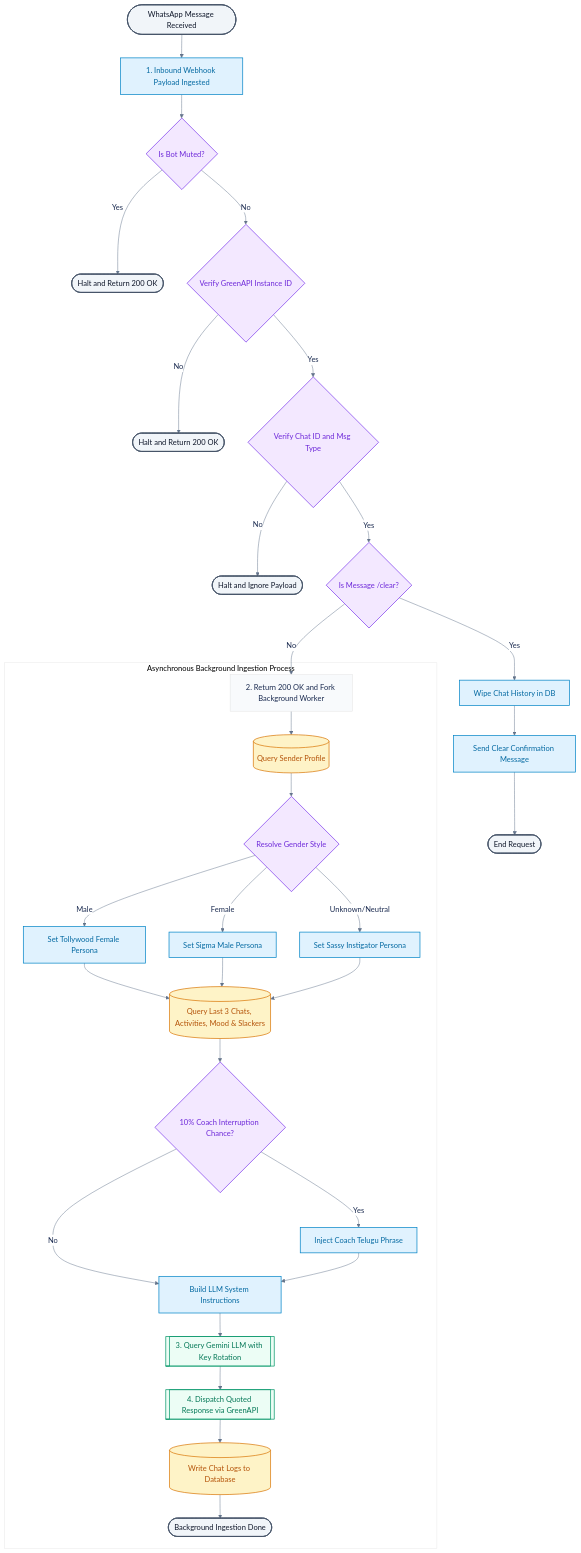
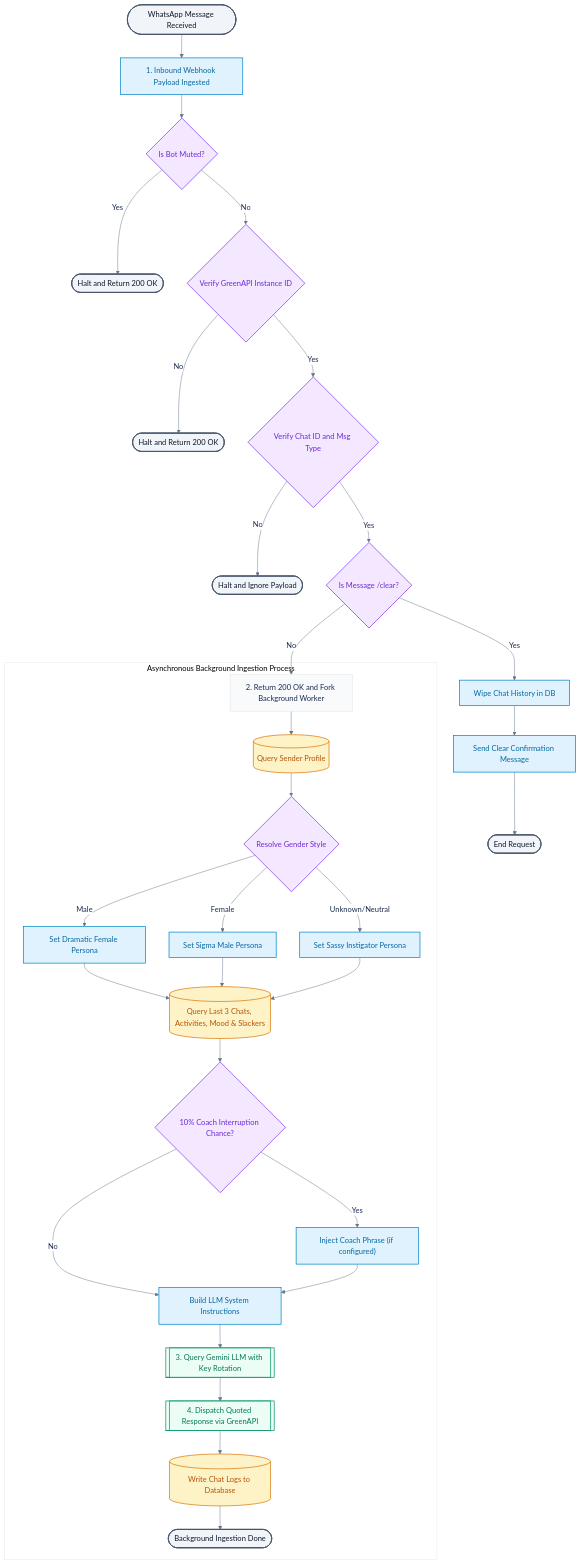
The second of 3 diagrams in docs/05_Whatsapp_Agent.md (nithinkotha6/thegrowthclub), drawn with Mermaid before and after one commit. The commit also changed other lines of this file and 153 other files, not shown here.

````diff
--- a/docs/05_Whatsapp_Agent.md
+++ b/docs/05_Whatsapp_Agent.md
@@ -66,56 +74,56 @@
 ```mermaid
 %%{init: { 'theme': 'base', 'themeVariables': { 'primaryColor': '#F8FAFC', 'primaryTextColor': '#1b2b50ff', 'edgeLabelBackground': '#FFFFFF', 'lineColor': '#64748B' }}}%%
 graph TD
     classDef startEnd fill:#F1F5F9,stroke:#475569,stroke-width:2px,color:#0F172A;
     classDef process fill:#E0F2FE,stroke:#0284C7,stroke-width:1.5px,color:#0369A1;
     classDef decision fill:#F3E8FF,stroke:#7C3AED,stroke-width:1.5px,color:#6D28D9;
     classDef database fill:#FEF3C7,stroke:#D97706,stroke-width:1.5px,color:#B45309;
     classDef api fill:#ECFDF5,stroke:#059669,stroke-width:1.5px,color:#047857;
 
     Start(["WhatsApp Message Received"]) --> Ingestion["1. Inbound Webhook Payload Ingested"]
     Ingestion --> CheckMute{"Is Bot Muted?"}
     
     CheckMute -- "Yes" --> TerminateMuted(["Halt and Return 200 OK"])
     CheckMute -- "No" --> VerifyInst{"Verify GreenAPI Instance ID"}
     
     VerifyInst -- "No" --> TerminateInst(["Halt and Return 200 OK"])
     VerifyInst -- "Yes" --> VerifyChat{"Verify Chat ID and Msg Type"}
     
     VerifyChat -- "No" --> TerminateChat(["Halt and Ignore Payload"])
     VerifyChat -- "Yes" --> CheckCmd{"Is Message /clear?"}
     
     CheckCmd -- "Yes" --> ClearMemory["Wipe Chat History in DB"]
     ClearMemory --> SendClear["Send Clear Confirmation Message"]
     SendClear --> EndClear(["End Request"])
     
     CheckCmd -- "No" --> ForkWorker["2. Return 200 OK and Fork Background Worker"]
     
     subgraph BackgroundWorker["Asynchronous Background Ingestion Process"]
         ForkWorker --> FetchProfile[("Query Sender Profile")]
         FetchProfile --> ResolveGender{"Resolve Gender Style"}
         
-        ResolveGender -- "Male" --> SetFemale["Set Tollywood Female Persona"]
+        ResolveGender -- "Male" --> SetFemale["Set Dramatic Female Persona"]
         ResolveGender -- "Female" --> SetSigma["Set Sigma Male Persona"]
         ResolveGender -- "Unknown/Neutral" --> SetSassy["Set Sassy Instigator Persona"]
         
         SetFemale --> FetchContext[("Query Last 3 Chats, Activities, Mood & Slackers")]
         SetSigma --> FetchContext
         SetSassy --> FetchContext
         
         FetchContext --> Interruption{"10% Coach Interruption Chance?"}
-        Interruption -- "Yes" --> InjectCoach["Inject Coach Telugu Phrase"]
+        Interruption -- "Yes" --> InjectCoach["Inject Coach Phrase (if configured)"]
         Interruption -- "No" --> BuildPrompt["Build LLM System Instructions"]
         InjectCoach --> BuildPrompt
         
         BuildPrompt --> CallGemini[["3. Query Gemini LLM with Key Rotation"]]
         CallGemini --> SendMsg[["4. Dispatch Quoted Response via GreenAPI"]]
         SendMsg --> LogConv[("Write Chat Logs to Database")]
         LogConv --> WorkerDone(["Background Ingestion Done"])
     end
     
     class Start,TerminateMuted,TerminateInst,TerminateChat,EndClear,WorkerDone startEnd;
     class Ingestion,ClearMemory,SendClear,SetFemale,SetSigma,SetSassy,InjectCoach,BuildPrompt process;
     class CheckMute,VerifyInst,VerifyChat,CheckCmd,ResolveGender,Interruption decision;
     class FetchProfile,FetchContext,LogConv database;
     class CallGemini,SendMsg api;
 ```
````
